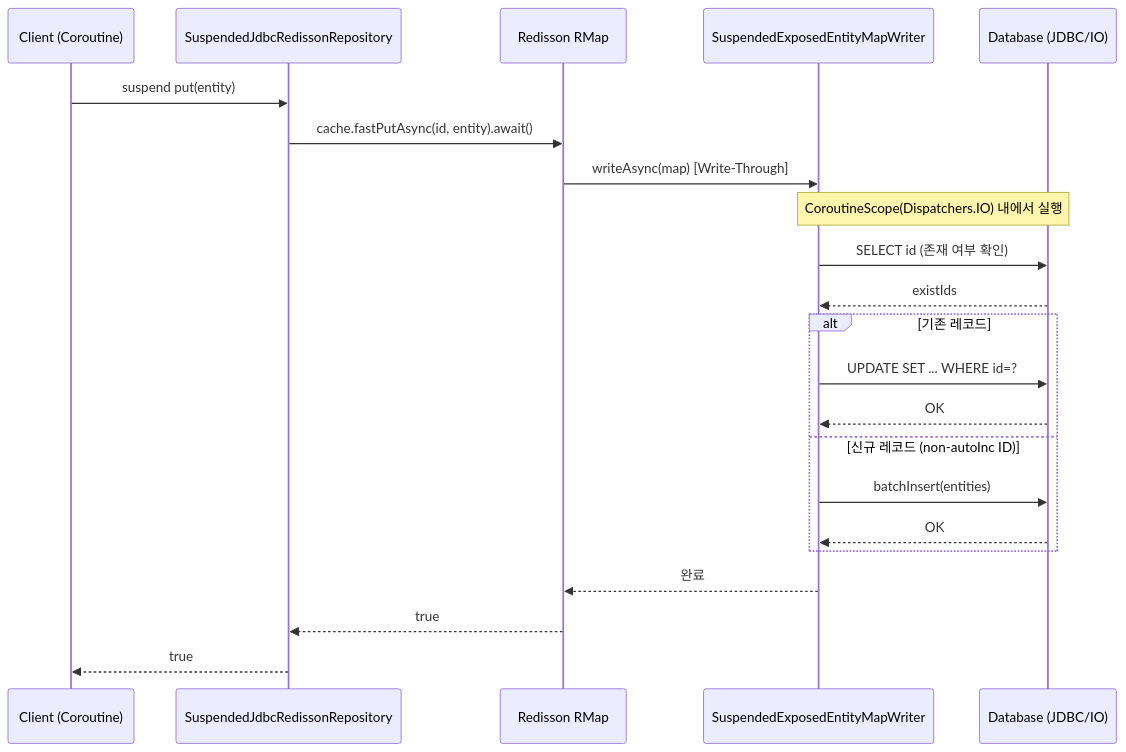
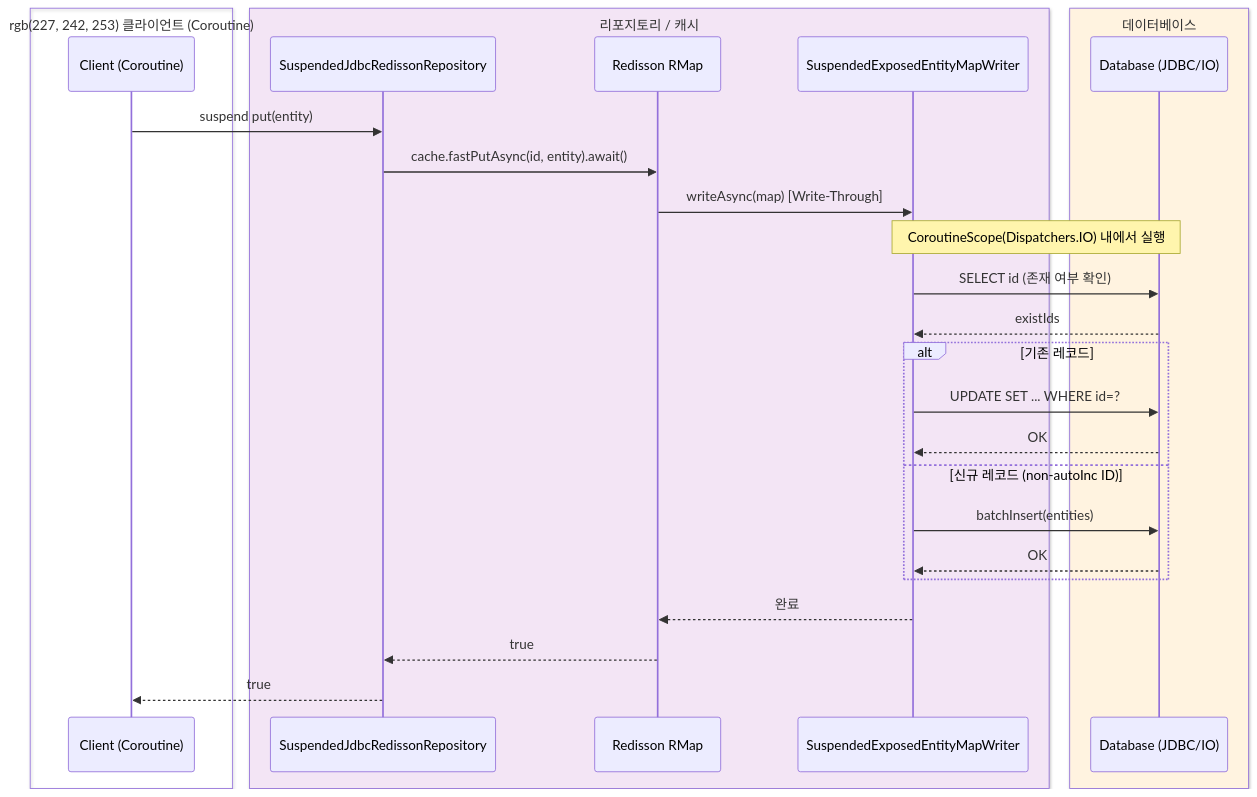
One commit to bluetape4k/bluetape4k-projects changed the sixth of 7 diagrams in data/exposed-jdbc-redisson/README.ko.md. Above: the diagram before and after it, drawn with Mermaid. The commit also changed other lines of this file and 221 other files, not shown here.

First line of the commit message:
docs: 전체 모듈 README UML 다이어그램 보강 및 색상 업그레이드

````diff
--- a/data/exposed-jdbc-redisson/README.ko.md
+++ b/data/exposed-jdbc-redisson/README.ko.md
@@ -499,25 +540,31 @@
 ```mermaid
 sequenceDiagram
-    participant Client as Client (Coroutine)
-    participant Repo as SuspendedJdbcRedissonRepository
-    participant RMap as Redisson RMap
-    participant Writer as SuspendedExposedEntityMapWriter
-    participant DB as Database (JDBC/IO)
+    box rgb(227, 242, 253) 클라이언트 (Coroutine)
+        participant Client as Client (Coroutine)
+    end
+    box rgb(243, 229, 245) 리포지토리 / 캐시
+        participant Repo as SuspendedJdbcRedissonRepository
+        participant RMap as Redisson RMap
+        participant Writer as SuspendedExposedEntityMapWriter
+    end
+    box rgb(255, 243, 224) 데이터베이스
+        participant DB as Database (JDBC/IO)
+    end
 
     Client->>Repo: suspend put(entity)
     Repo->>RMap: cache.fastPutAsync(id, entity).await()
     RMap->>Writer: writeAsync(map) [Write-Through]
     Note over Writer,DB: CoroutineScope(Dispatchers.IO) 내에서 실행
     Writer->>DB: SELECT id (존재 여부 확인)
     DB-->>Writer: existIds
     alt 기존 레코드
         Writer->>DB: UPDATE SET ... WHERE id=?
         DB-->>Writer: OK
     else 신규 레코드 (non-autoInc ID)
         Writer->>DB: batchInsert(entities)
         DB-->>Writer: OK
     end
     Writer-->>RMap: 완료
     RMap-->>Repo: true
     Repo-->>Client: true
 ```
````
